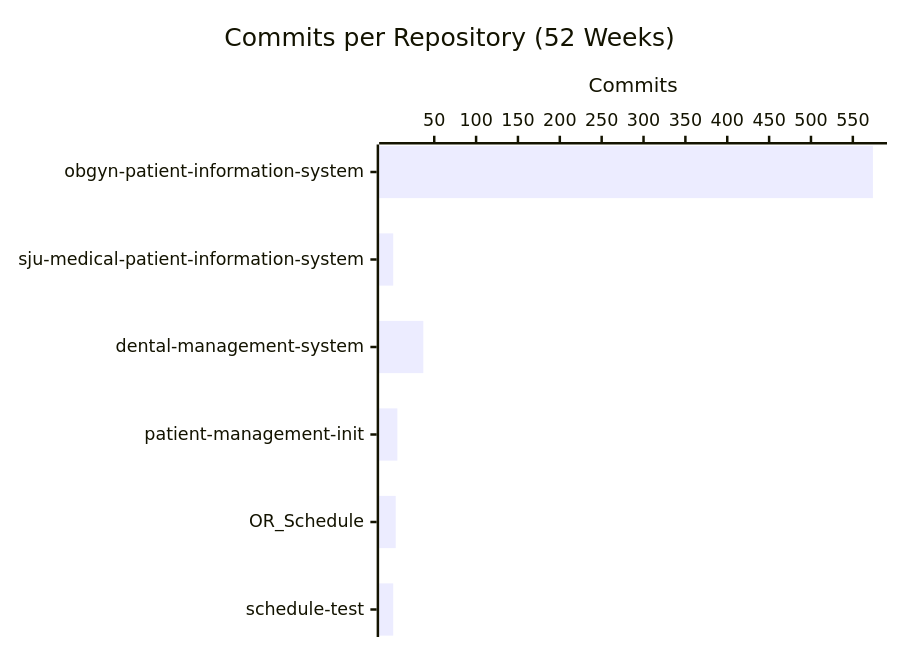
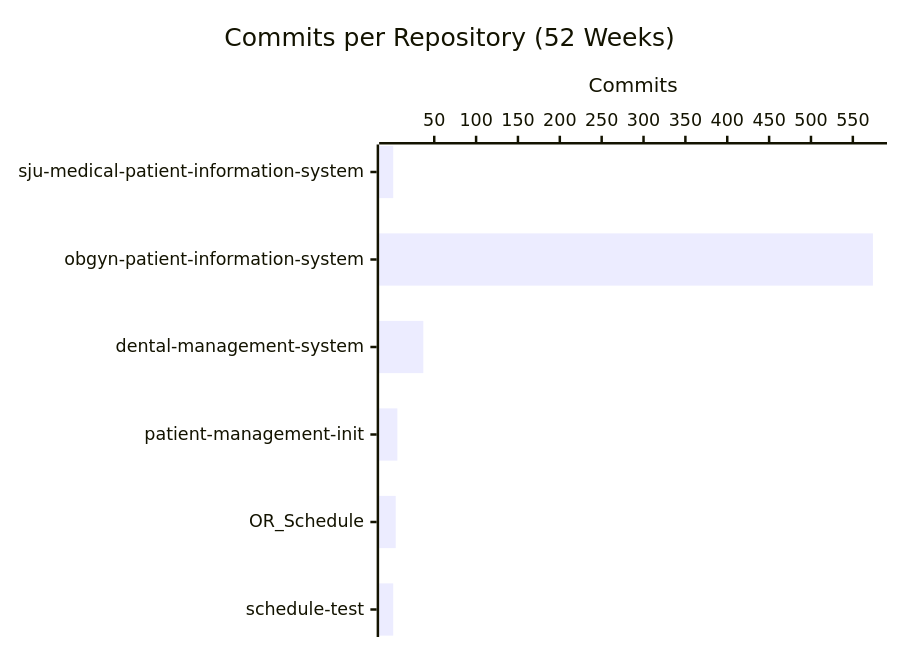
Before and after one commit to CSTH-Projects/.github: the second of 4 diagrams in profile/README.md, drawn with Mermaid. The commit also changed other lines of this file, not shown here.

````diff
--- a/profile/README.md
+++ b/profile/README.md
@@ -24,7 +24,7 @@
 ```mermaid
 xychart-beta horizontal
     title "Commits per Repository (52 Weeks)"
-    x-axis ["obgyn-patient-information-system", "sju-medical-patient-information-system", "dental-management-system", "patient-management-init", "OR_Schedule", "schedule-test"]
+    x-axis ["sju-medical-patient-information-system", "obgyn-patient-information-system", "dental-management-system", "patient-management-init", "OR_Schedule", "schedule-test"]
     y-axis "Commits"
-    bar [574, 1, 37, 6, 4, 1]
+    bar [1, 574, 37, 6, 4, 1]
 ```
````
